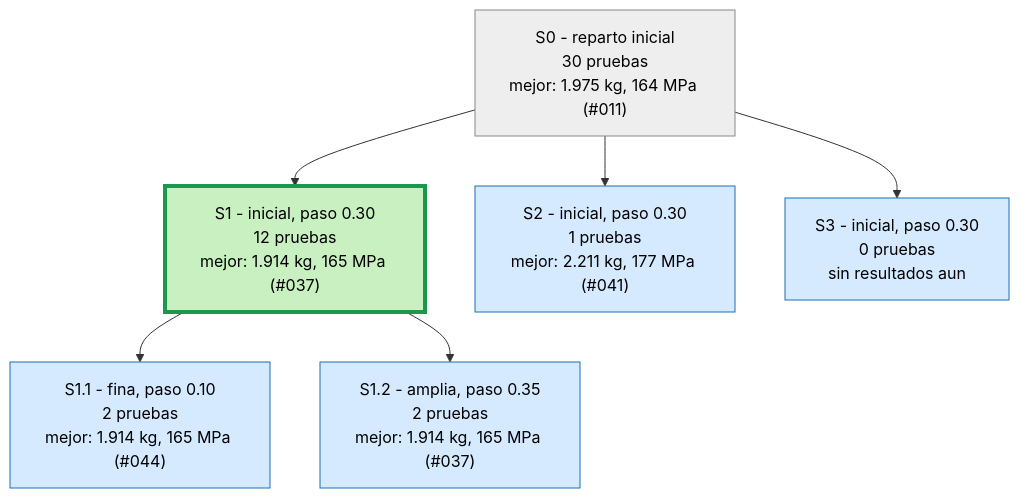
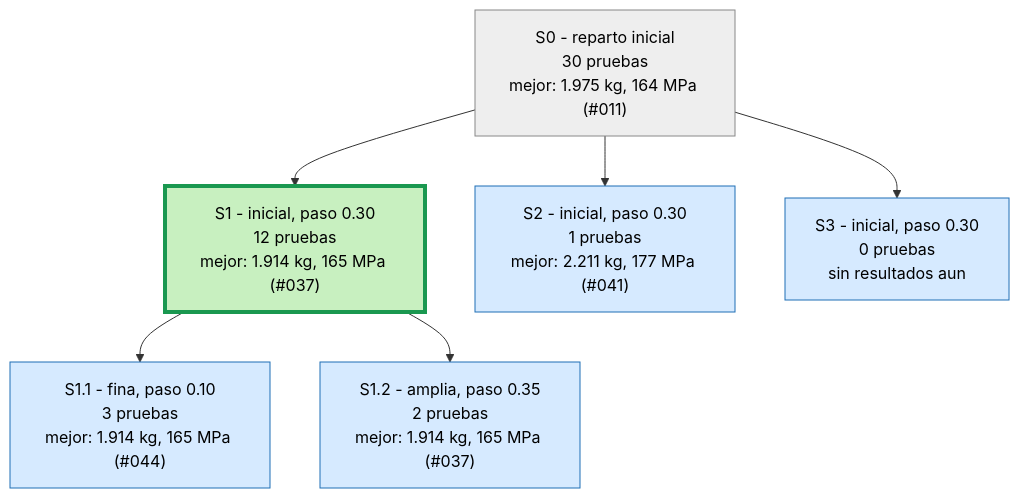
The first of 4 diagrams in runs/opt_37800N/ARBOL.md (Hugiko/msd-soporte-optimizacion), drawn with Mermaid before and after one commit. The commit also changed 14 other files, not shown here.

````diff
--- a/runs/opt_37800N/ARBOL.md
+++ b/runs/opt_37800N/ARBOL.md
@@ -9,17 +9,17 @@
 ```mermaid
 graph TD
 classDef activa fill:#d6eaff,stroke:#1f6fb5,color:#000
 classDef fin fill:#eeeeee,stroke:#888,color:#000
 classDef mejor fill:#c8f0c0,stroke:#1a9850,stroke-width:4px,color:#000
 S0["S0 - reparto inicial<br/>30 pruebas<br/>mejor: 1.975 kg, 164 MPa (#011)"]:::fin
 S1["S1 - inicial, paso 0.30<br/>12 pruebas<br/>mejor: 1.914 kg, 165 MPa (#037)"]:::mejor
 S0 --> S1
 S2["S2 - inicial, paso 0.30<br/>1 pruebas<br/>mejor: 2.211 kg, 177 MPa (#041)"]:::activa
 S0 --> S2
 S3["S3 - inicial, paso 0.30<br/>0 pruebas<br/>sin resultados aun"]:::activa
 S0 --> S3
-S1_1["S1.1 - fina, paso 0.10<br/>2 pruebas<br/>mejor: 1.914 kg, 165 MPa (#044)"]:::activa
+S1_1["S1.1 - fina, paso 0.10<br/>3 pruebas<br/>mejor: 1.914 kg, 165 MPa (#044)"]:::activa
 S1 --> S1_1
 S1_2["S1.2 - amplia, paso 0.35<br/>2 pruebas<br/>mejor: 1.914 kg, 165 MPa (#037)"]:::activa
 S1 --> S1_2
 ```
````
